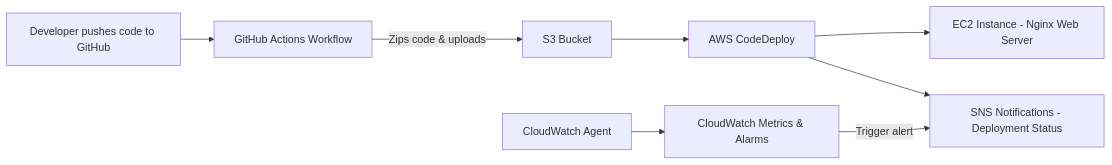
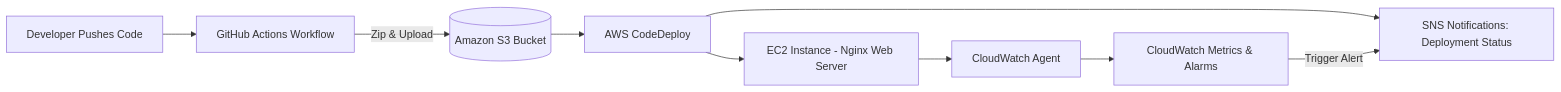
The diagram in README.md (khqayyum/Automated_Deployment_System), drawn with Mermaid before and after one commit. The commit also changed other lines of this file, not shown here.

````diff
--- a/README.md
+++ b/README.md
@@ -11,10 +27,11 @@
 ```mermaid
-graph LR
-  A[Developer pushes code to GitHub] --> B[GitHub Actions Workflow]
-  B -->|Zips code & uploads| C[S3 Bucket]
-  C --> D[AWS CodeDeploy]
-  D --> E["EC2 Instance - Nginx Web Server"]
-  D --> F[SNS Notifications - Deployment Status]
-  G[CloudWatch Agent] --> H[CloudWatch Metrics & Alarms]
-  H -->|Trigger alert| F
+flowchart LR
+  Dev[Developer Pushes Code] --> GH[GitHub Actions Workflow]
+  GH -->|Zip & Upload| S3[(Amazon S3 Bucket)]
+  S3 --> CD[AWS CodeDeploy]
+  CD --> EC2[EC2 Instance - Nginx Web Server]
+  CD --> SNS[SNS Notifications: Deployment Status]
+  EC2 --> CW[CloudWatch Agent]
+  CW --> CWM[CloudWatch Metrics & Alarms]
+  CWM -->|Trigger Alert| SNS
 ```
````
